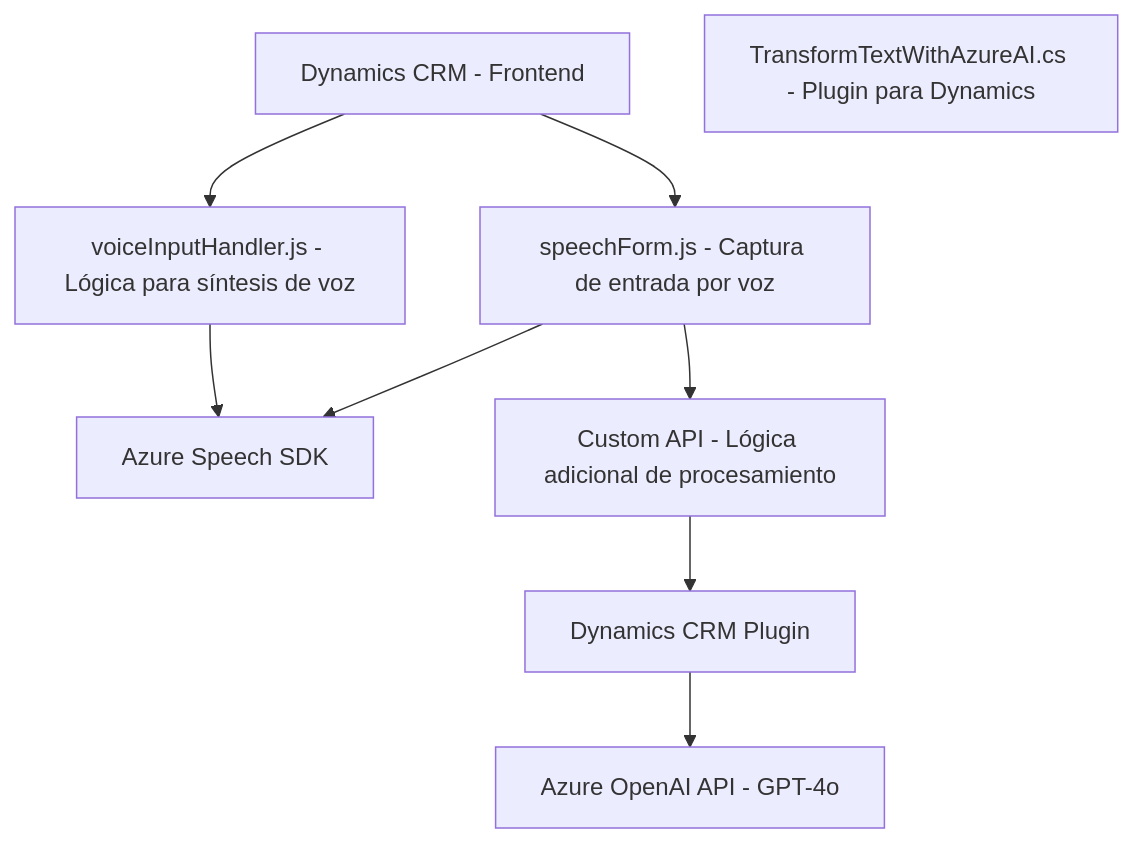
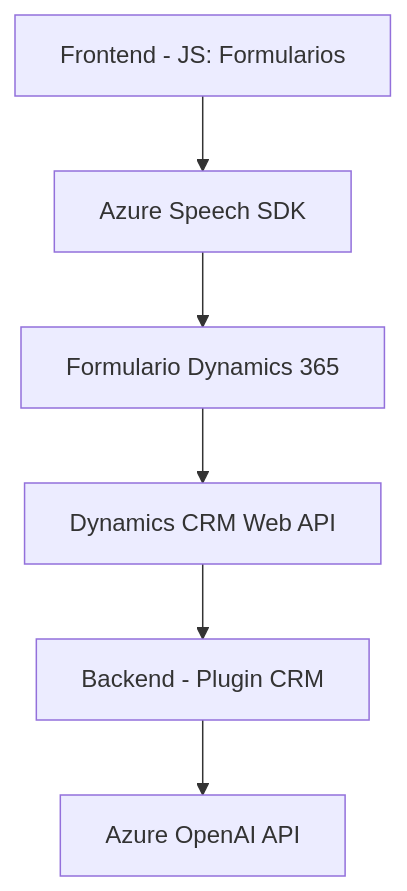
One commit to blopezdm/NETCORE_BILBAO2025 changed the diagram in README.md. Above: the diagram before and after it, drawn with Mermaid. The commit also changed other lines of this file, not shown here.

````diff
--- a/README.md
+++ b/README.md
@@ -41,19 +32,15 @@
 ```mermaid
 graph TD
-  A["Dynamics CRM - Frontend"]
-  B["voiceInputHandler.js - Lógica para síntesis de voz"]
-  C["speechForm.js - Captura de entrada por voz"]
-  D["Custom API - Lógica adicional de procesamiento"]
-  E["Azure Speech SDK"]
-  F["Dynamics CRM Plugin"]
-  G["TransformTextWithAzureAI.cs - Plugin para Dynamics"]
-  H["Azure OpenAI API - GPT-4o"]
+    A["Frontend - JS: Formularios"]
+    B["Azure Speech SDK"]
+    C["Backend - Plugin CRM"]
+    D["Azure OpenAI API"]
+    E["Dynamics CRM Web API"]
+    F["Formulario Dynamics 365"]
 
-  A --> B
-  B --> E
-  A --> C
-  C --> E
-  C --> D
-  D --> F
-  F --> H
+    A --> B
+    B --> F
+    F --> E
+    E --> C
+    C --> D
 ```
````
